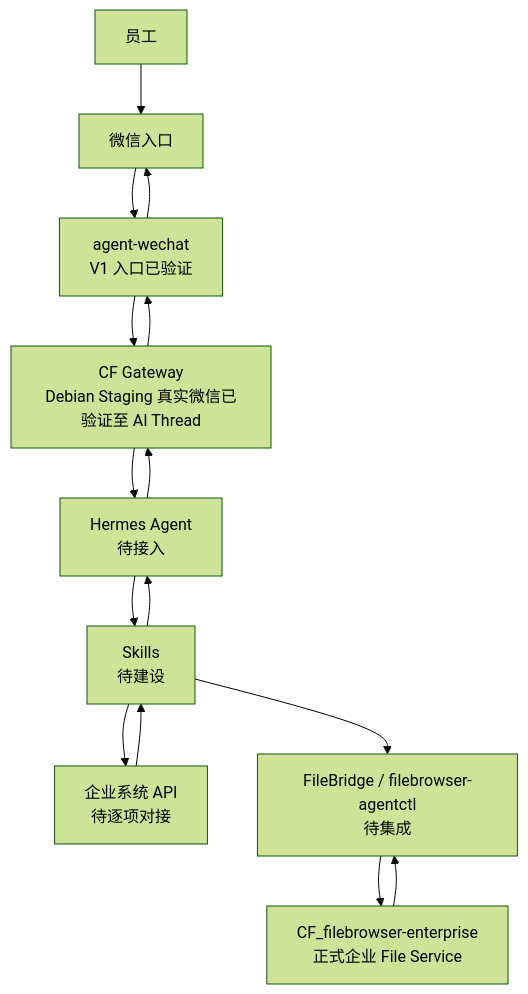
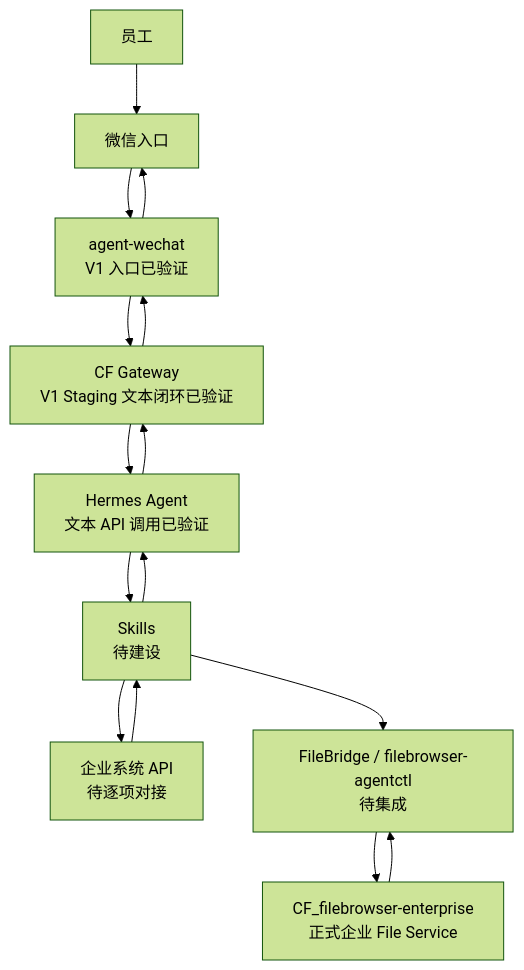
One commit to Tangbohu09527/CF_ecommerce-automation-docs changed the first of 2 diagrams in architecture/ai-system-overview.md. Above: the diagram before and after it, drawn with Mermaid (forest theme). The commit also changed other lines of this file and 20 other files, not shown here.

Commit message:
docs: update V1 staging architecture and validation records

````diff
--- a/architecture/ai-system-overview.md
+++ b/architecture/ai-system-overview.md
@@ -19,13 +19,13 @@
 ```mermaid
 flowchart TB
     E["员工"] --> W["微信入口"]
     W --> A["agent-wechat<br/>V1 入口已验证"]
-    A --> G["CF Gateway<br/>Debian Staging 真实微信已验证至 AI Thread"]
-    G --> H["Hermes Agent<br/>待接入"]
+    A --> G["CF Gateway<br/>V1 Staging 文本闭环已验证"]
+    G --> H["Hermes Agent<br/>文本 API 调用已验证"]
     H --> S["Skills<br/>待建设"]
     S --> B["企业系统 API<br/>待逐项对接"]
     S --> C["FileBridge / filebrowser-agentctl<br/>待集成"]
     C --> F["CF_filebrowser-enterprise<br/>正式企业 File Service"]
     B --> S --> H --> G --> A --> W
     F --> C
 ```
````
